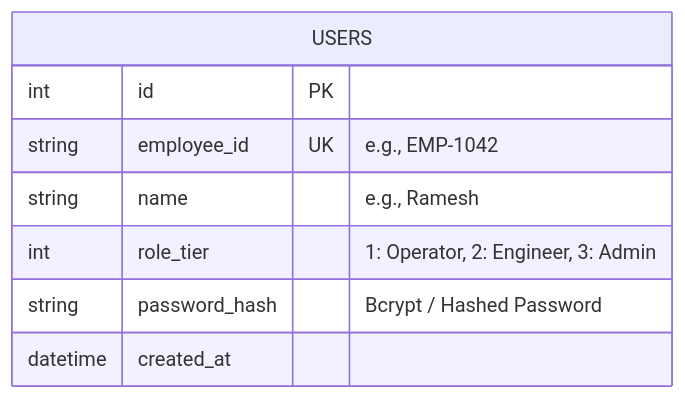
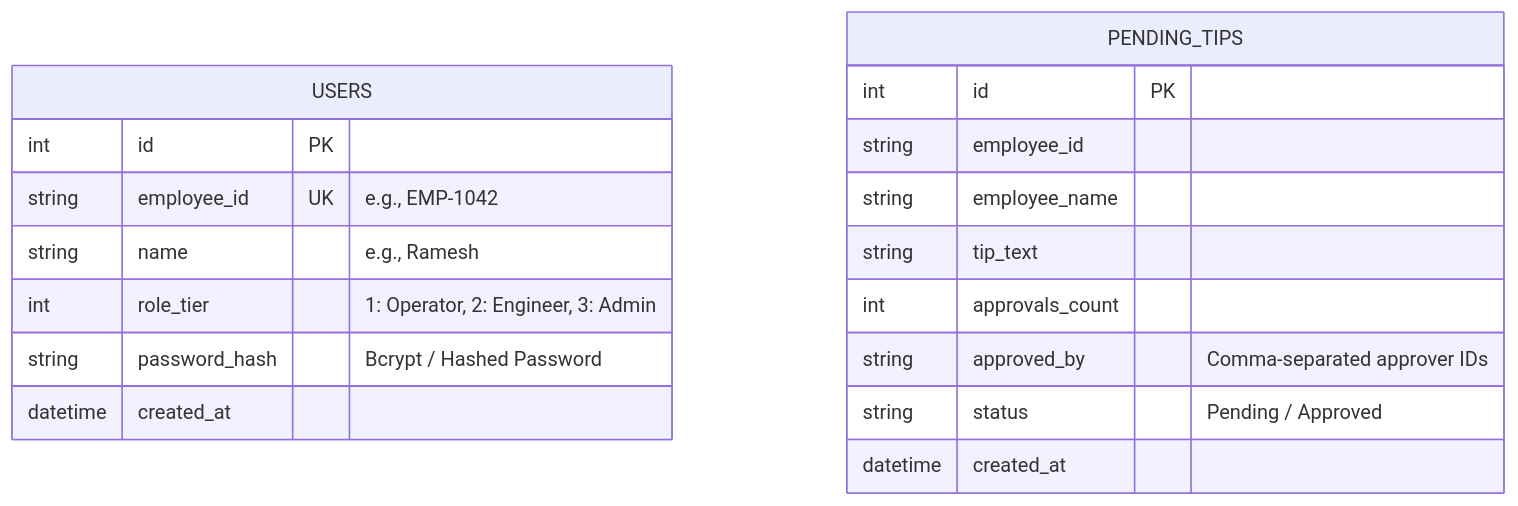
The fourth of 6 diagrams in ARCHITECTURE.md (MrGen06/omniplant), drawn with Mermaid before and after one commit. The commit also changed other lines of this file and 1 other file, not shown here.

Commit message:
docs: add project README and update system architecture diagrams to include maintenance tip workflow

````diff
--- a/ARCHITECTURE.md
+++ b/ARCHITECTURE.md
@@ -173,11 +181,22 @@
 ```mermaid
 erDiagram
     USERS {
         int id PK
         string employee_id UK "e.g., EMP-1042"
         string name "e.g., Ramesh"
         int role_tier "1: Operator, 2: Engineer, 3: Admin"
         string password_hash "Bcrypt / Hashed Password"
         datetime created_at
     }
+
+    PENDING_TIPS {
+        int id PK
+        string employee_id
+        string employee_name
+        string tip_text
+        int approvals_count
+        string approved_by "Comma-separated approver IDs"
+        string status "Pending / Approved"
+        datetime created_at
+    }
 ```
````
